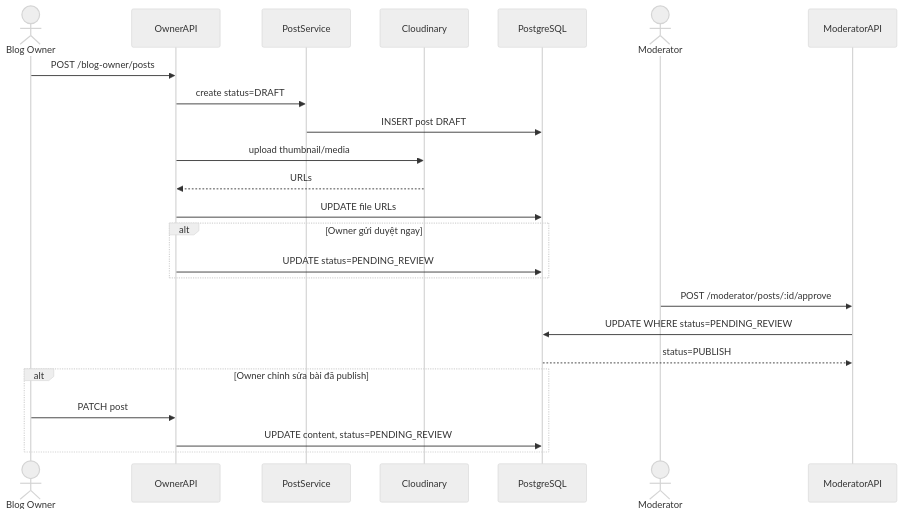
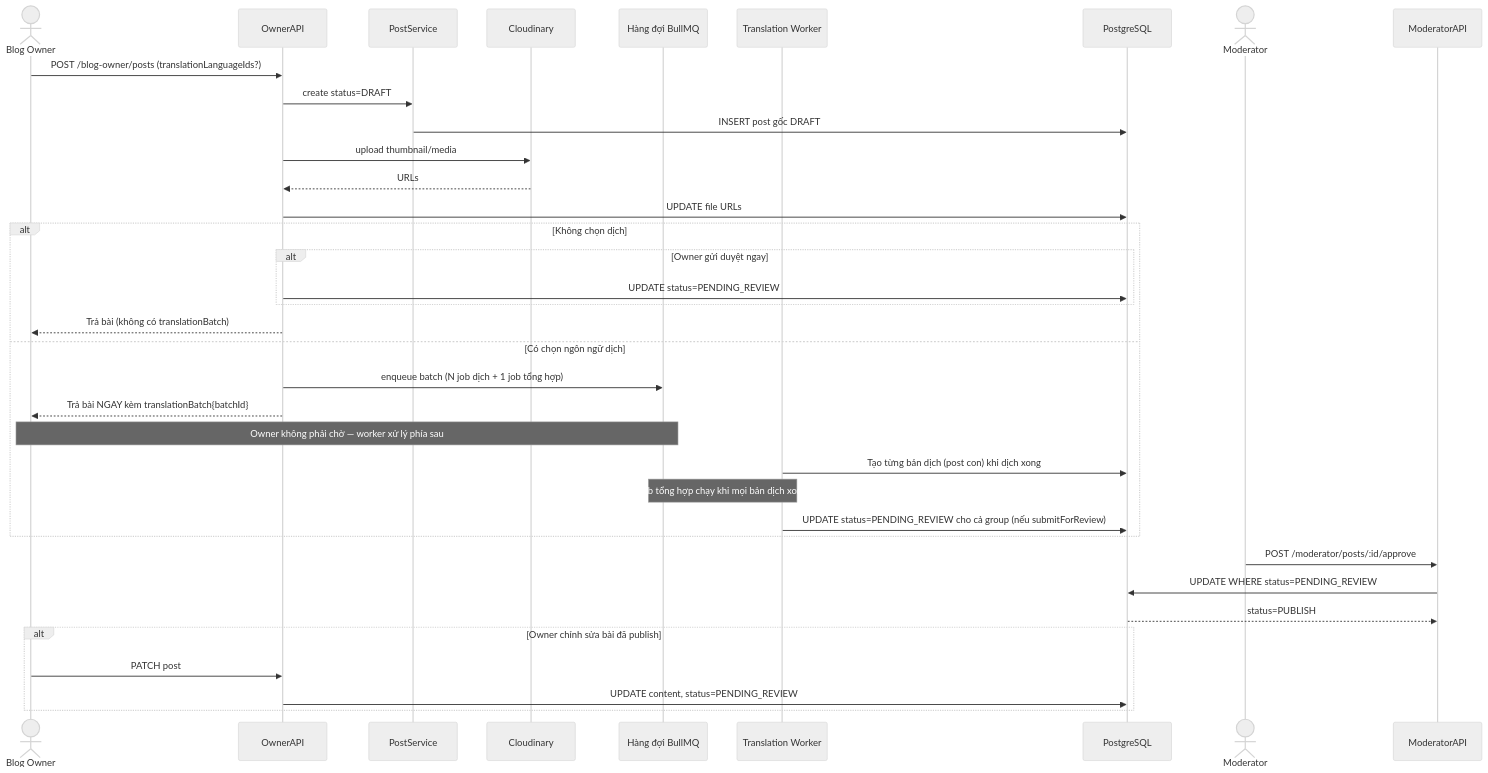
One commit to ngocha3792/Quan-ly-blog changed the seventh of 9 diagrams in docs/Preview Documentation/BUSINESS_WORKFLOWS.md. Above: the diagram before and after it, drawn with Mermaid (neutral theme). The commit also changed other lines of this file and 6 other files, not shown here.

````diff
--- a/docs/Preview Documentation/BUSINESS_WORKFLOWS.md
+++ b/docs/Preview Documentation/BUSINESS_WORKFLOWS.md
@@ -916,30 +928,42 @@
 ```mermaid
 sequenceDiagram
     actor Owner as Blog Owner
     participant OwnerAPI
     participant PostService
     participant Cloudinary
+    participant Queue as Hàng đợi BullMQ
+    participant Worker as Translation Worker
     participant DB as PostgreSQL
     actor Moderator
     participant ModeratorAPI
 
-    Owner->>OwnerAPI: POST /blog-owner/posts
+    Owner->>OwnerAPI: POST /blog-owner/posts (translationLanguageIds?)
     OwnerAPI->>PostService: create status=DRAFT
-    PostService->>DB: INSERT post DRAFT
+    PostService->>DB: INSERT post gốc DRAFT
     OwnerAPI->>Cloudinary: upload thumbnail/media
     Cloudinary-->>OwnerAPI: URLs
     OwnerAPI->>DB: UPDATE file URLs
 
-    alt Owner gửi duyệt ngay
-        OwnerAPI->>DB: UPDATE status=PENDING_REVIEW
+    alt Không chọn dịch
+        alt Owner gửi duyệt ngay
+            OwnerAPI->>DB: UPDATE status=PENDING_REVIEW
+        end
+        OwnerAPI-->>Owner: Trả bài (không có translationBatch)
+    else Có chọn ngôn ngữ dịch
+        OwnerAPI->>Queue: enqueue batch (N job dịch + 1 job tổng hợp)
+        OwnerAPI-->>Owner: Trả bài NGAY kèm translationBatch{batchId}
+        Note over Owner,Queue: Owner không phải chờ — worker xử lý phía sau
+        Worker->>DB: Tạo từng bản dịch (post con) khi dịch xong
+        Note over Worker,Queue: Job tổng hợp chạy khi mọi bản dịch xong
+        Worker->>DB: UPDATE status=PENDING_REVIEW cho cả group (nếu submitForReview)
     end
 
     Moderator->>ModeratorAPI: POST /moderator/posts/:id/approve
     ModeratorAPI->>DB: UPDATE WHERE status=PENDING_REVIEW
     DB-->>ModeratorAPI: status=PUBLISH
 
     alt Owner chỉnh sửa bài đã publish
         Owner->>OwnerAPI: PATCH post
         OwnerAPI->>DB: UPDATE content, status=PENDING_REVIEW
     end
 ```
````
